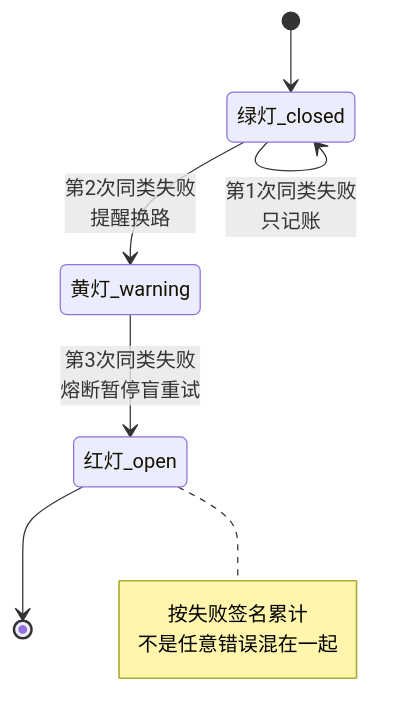
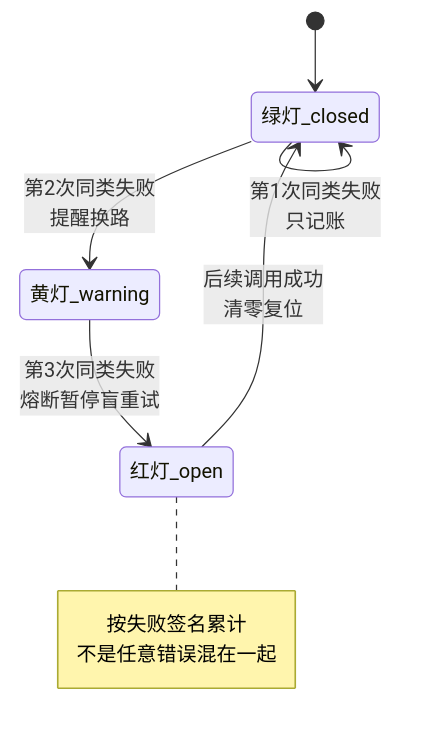
Before and after one commit to liuanye9-lab/codex-os-brain: the sixth of 28 diagrams in README.md, drawn with Mermaid. The commit also changed other lines of this file and 30 other files, not shown here.

````diff
--- a/README.md
+++ b/README.md
@@ -205,12 +205,12 @@
 ```mermaid
 stateDiagram-v2
   [*] --> 绿灯_closed
   绿灯_closed --> 绿灯_closed: 第1次同类失败<br/>只记账
   绿灯_closed --> 黄灯_warning: 第2次同类失败<br/>提醒换路
   黄灯_warning --> 红灯_open: 第3次同类失败<br/>熔断暂停盲重试
-  红灯_open --> [*]
+  红灯_open --> 绿灯_closed: 后续调用成功<br/>清零复位
   note right of 红灯_open
     按失败签名累计
     不是任意错误混在一起
   end note
 ```
````
